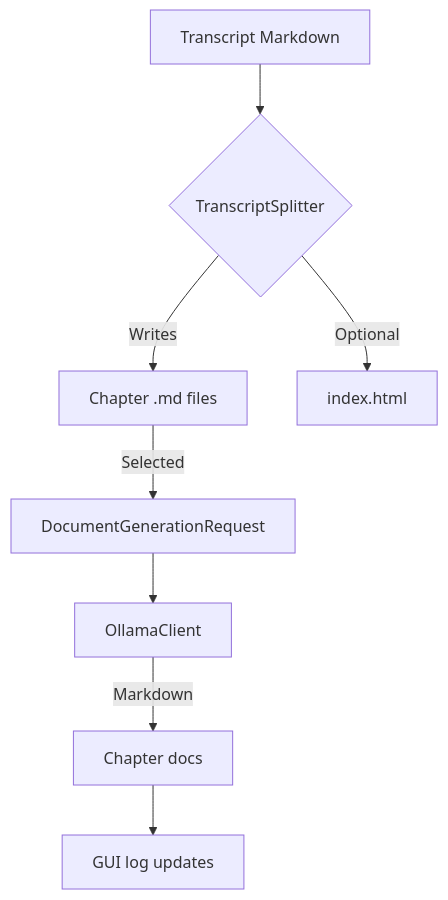
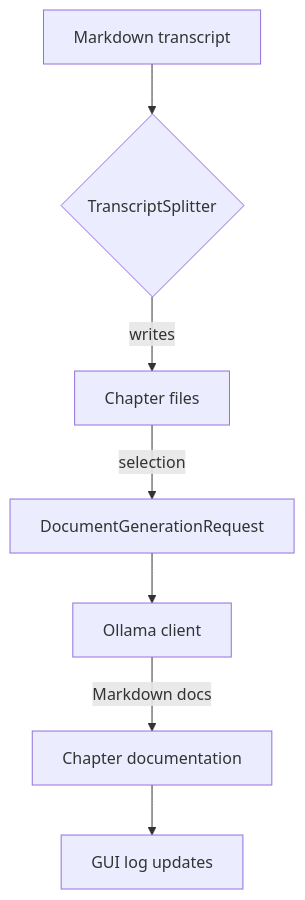
Before and after one commit to CagriCatik/Docalypt: the first of 2 diagrams in README.md, drawn with Mermaid. The commit also changed other lines of this file and 1 other file, not shown here.

````diff
--- a/README.md
+++ b/README.md
@@ -39,10 +41,9 @@
 ```mermaid
 graph TD
-    A[Transcript Markdown] --> B{TranscriptSplitter}
-    B -->|Writes| C[Chapter .md files]
-    B -->|Optional| D[index.html]
-    C -->|Selected| E[DocumentGenerationRequest]
-    E --> F[OllamaClient]
-    F -->|Markdown| G[Chapter docs]
-    G --> H[GUI log updates]
+    A[Markdown transcript] --> B{TranscriptSplitter}
+    B -->|writes| C[Chapter files]
+    C -->|selection| D[DocumentGenerationRequest]
+    D --> E[Ollama client]
+    E -->|Markdown docs| F[Chapter documentation]
+    F --> G[GUI log updates]
 ```
````
